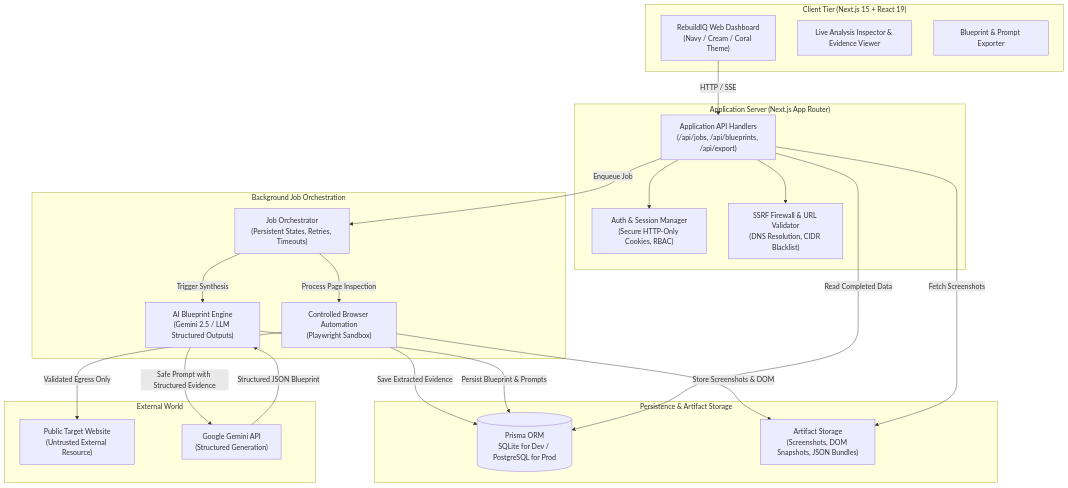
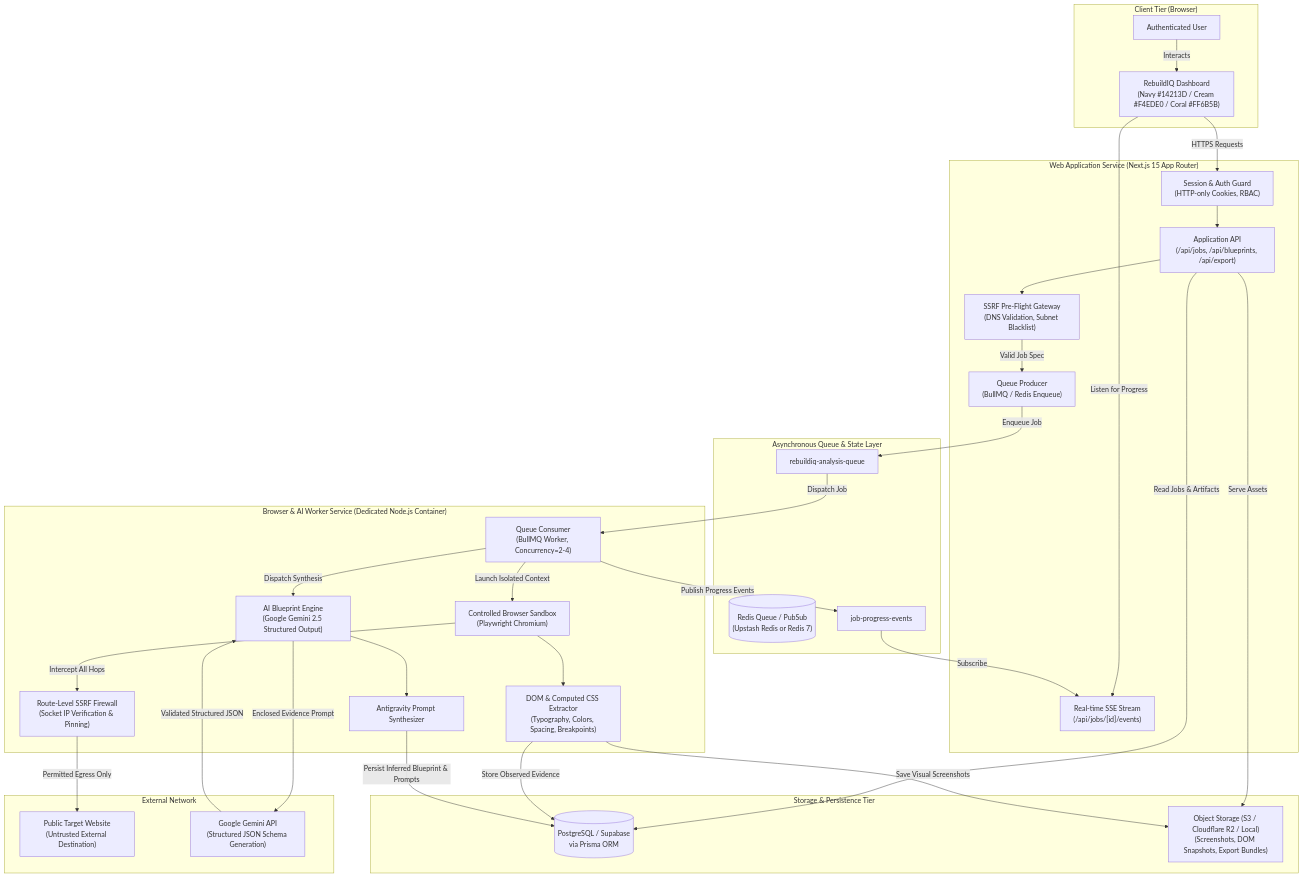
The first of 2 diagrams in docs/ARCHITECTURE.md (mayankraj019/REBUILDIQ), drawn with Mermaid before and after one commit. The commit also changed other lines of this file and 6 other files, not shown here.

Commit message:
feat(phase-1): complete technical architecture, database design, security perimeters and deployment specification

````diff
--- a/docs/ARCHITECTURE.md
+++ b/docs/ARCHITECTURE.md
@@ -16,45 +16,67 @@
 ```mermaid
 flowchart TD
-    subgraph Client["Client Tier (Next.js 15 + React 19)"]
-        UI["RebuildIQ Web Dashboard\n(Navy / Cream / Coral Theme)"]
-        Inspector["Live Analysis Inspector & Evidence Viewer"]
-        BlueprintEditor["Blueprint & Prompt Exporter"]
+    subgraph Client["Client Tier (Browser)"]
+        User["Authenticated User"]
+        UI["RebuildIQ Dashboard\n(Navy #14213D / Cream #F4EDE0 / Coral #FF6B5B)"]
     end
 
-    subgraph AppServer["Application Server (Next.js App Router)"]
-        Auth["Auth & Session Manager\n(Secure HTTP-Only Cookies, RBAC)"]
-        API["Application API Handlers\n(/api/jobs, /api/blueprints, /api/export)"]
-        SSRFValidation["SSRF Firewall & URL Validator\n(DNS Resolution, CIDR Blacklist)"]
+    subgraph WebService["Web Application Service (Next.js 15 App Router)"]
+        EdgeAuth["Session & Auth Guard\n(HTTP-only Cookies, RBAC)"]
+        APIRoutes["Application API\n(/api/jobs, /api/blueprints, /api/export)"]
+        SSRFPreflight["SSRF Pre-Flight Gateway\n(DNS Validation, Subnet Blacklist)"]
+        SSEStream["Real-time SSE Stream\n(/api/jobs/[id]/events)"]
+        QueueProducer["Queue Producer\n(BullMQ / Redis Enqueue)"]
     end
 
-    subgraph Processing["Background Job Orchestration"]
-        Queue["Job Orchestrator\n(Persistent States, Retries, Timeouts)"]
-        BrowserWorker["Controlled Browser Automation\n(Playwright Sandbox)"]
-        AIWorker["AI Blueprint Engine\n(Gemini 2.5 / LLM Structured Outputs)"]
+    subgraph QueueService["Asynchronous Queue & State Layer"]
+        RedisQueue[("Redis Queue / PubSub\n(Upstash Redis or Redis 7)")]
+        JobsQueue["rebuildiq-analysis-queue"]
+        EventPubSub["job-progress-events"]
     end
 
-    subgraph StorageTier["Persistence & Artifact Storage"]
-        DB[(Prisma ORM\nSQLite for Dev / PostgreSQL for Prod)]
-        FileStore["Artifact Storage\n(Screenshots, DOM Snapshots, JSON Bundles)"]
+    subgraph WorkerService["Browser & AI Worker Service (Dedicated Node.js Container)"]
+        QueueConsumer["Queue Consumer\n(BullMQ Worker, Concurrency=2-4)"]
+        BrowserSandbox["Controlled Browser Sandbox\n(Playwright Chromium)"]
+        SSRFRouteFirewall["Route-Level SSRF Firewall\n(Socket IP Verification & Pinning)"]
+        EvidenceExtractor["DOM & Computed CSS Extractor\n(Typography, Colors, Spacing, Breakpoints)"]
+        AISynthesizer["AI Blueprint Engine\n(Google Gemini 2.5 Structured Output)"]
+        PromptEngine["Antigravity Prompt Synthesizer"]
     end
 
-    subgraph External["External World"]
-        TargetWeb["Public Target Website\n(Untrusted External Resource)"]
-        GeminiAPI["Google Gemini API\n(Structured Generation)"]
+    subgraph PersistenceLayer["Storage & Persistence Tier"]
+        DB[(PostgreSQL / Supabase\nvia Prisma ORM)]
+        ObjectStore["Object Storage (S3 / Cloudflare R2 / Local)\n(Screenshots, DOM Snapshots, Export Bundles)"]
     end
 
-    UI -->|HTTP / SSE| API
-    API --> Auth
-    API --> SSRFValidation
-    API -->|Enqueue Job| Queue
-    Queue -->|Process Page Inspection| BrowserWorker
-    BrowserWorker -->|Validated Egress Only| TargetWeb
-    BrowserWorker -->|Store Screenshots & DOM| FileStore
-    BrowserWorker -->|Save Extracted Evidence| DB
-    Queue -->|Trigger Synthesis| AIWorker
-    AIWorker -->|Safe Prompt with Structured Evidence| GeminiAPI
-    GeminiAPI -->|Structured JSON Blueprint| AIWorker
-    AIWorker -->|Persist Blueprint & Prompts| DB
-    API -->|Read Completed Data| DB
-    API -->|Fetch Screenshots| FileStore
+    subgraph ExternalWorld["External Network"]
+        TargetWeb["Public Target Website\n(Untrusted External Destination)"]
+        GeminiAPI["Google Gemini API\n(Structured JSON Schema Generation)"]
+    end
+
+    User -->|Interacts| UI
+    UI -->|HTTPS Requests| EdgeAuth
+    UI -->|Listen for Progress| SSEStream
+    EdgeAuth --> APIRoutes
+    APIRoutes --> SSRFPreflight
+    SSRFPreflight -->|Valid Job Spec| QueueProducer
+    APIRoutes -->|Read Jobs & Artifacts| DB
+    APIRoutes -->|Serve Assets| ObjectStore
+
+    QueueProducer -->|Enqueue Job| JobsQueue
+    JobsQueue -->|Dispatch Job| QueueConsumer
+    QueueConsumer -->|Launch Isolated Context| BrowserSandbox
+    BrowserSandbox -->|Intercept All Hops| SSRFRouteFirewall
+    SSRFRouteFirewall -->|Permitted Egress Only| TargetWeb
+    BrowserSandbox --> EvidenceExtractor
+    EvidenceExtractor -->|Save Visual Screenshots| ObjectStore
+    EvidenceExtractor -->|Store Observed Evidence| DB
+
+    QueueConsumer -->|Dispatch Synthesis| AISynthesizer
+    AISynthesizer -->|Enclosed Evidence Prompt| GeminiAPI
+    GeminiAPI -->|Validated Structured JSON| AISynthesizer
+    AISynthesizer --> PromptEngine
+    PromptEngine -->|Persist Inferred Blueprint & Prompts| DB
+
+    QueueConsumer -->|Publish Progress Events| EventPubSub
+    EventPubSub -->|Subscribe| SSEStream
 ```
````
